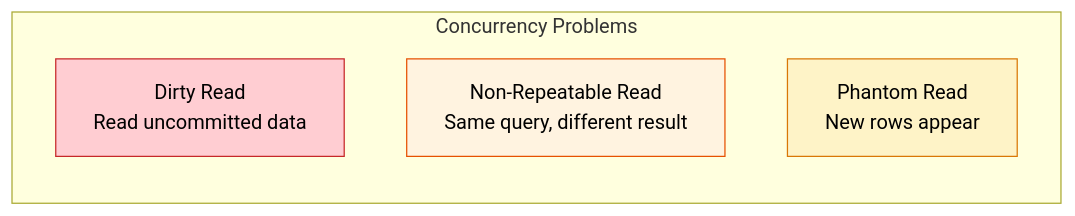
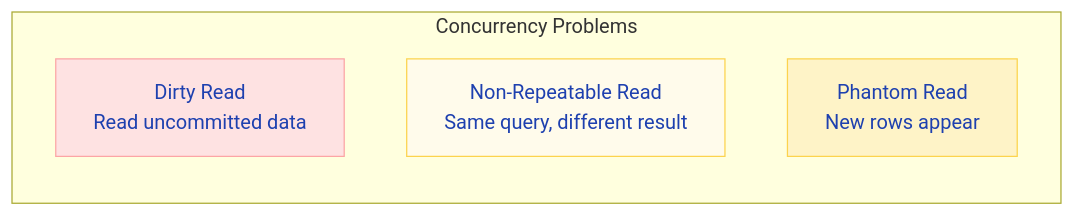
One commit to saivamsikaruturi/vamsilabs-dev-notes-main changed the third of 4 diagrams in docs/springboot/transactions.md. Above: the diagram before and after it, drawn with Mermaid. The commit also changed other lines of this file and 220 other files, not shown here.

First line of the commit message:
Add 50+ new Java/Spring Boot pages, rewrite CSS code blocks to Oracle style, fix all diagram colors

````diff
--- a/docs/springboot/transactions.md
+++ b/docs/springboot/transactions.md
@@ -250,12 +250,12 @@
 ```mermaid
 flowchart LR
     subgraph Problems["Concurrency Problems"]
         DR["Dirty Read<br/>Read uncommitted data"]
         NR["Non-Repeatable Read<br/>Same query, different result"]
         PR["Phantom Read<br/>New rows appear"]
     end
 
-    style DR fill:#FFCDD2,stroke:#C62828,color:#000
-    style NR fill:#FFF3E0,stroke:#E65100,color:#000
-    style PR fill:#FEF3C7,stroke:#D97706,color:#000
+    style DR fill:#FEE2E2,stroke:#FCA5A5,color:#1E40AF
+    style NR fill:#FFFBEB,stroke:#FCD34D,color:#1E40AF
+    style PR fill:#FEF3C7,stroke:#FCD34D,color:#1E40AF
 ```
````
